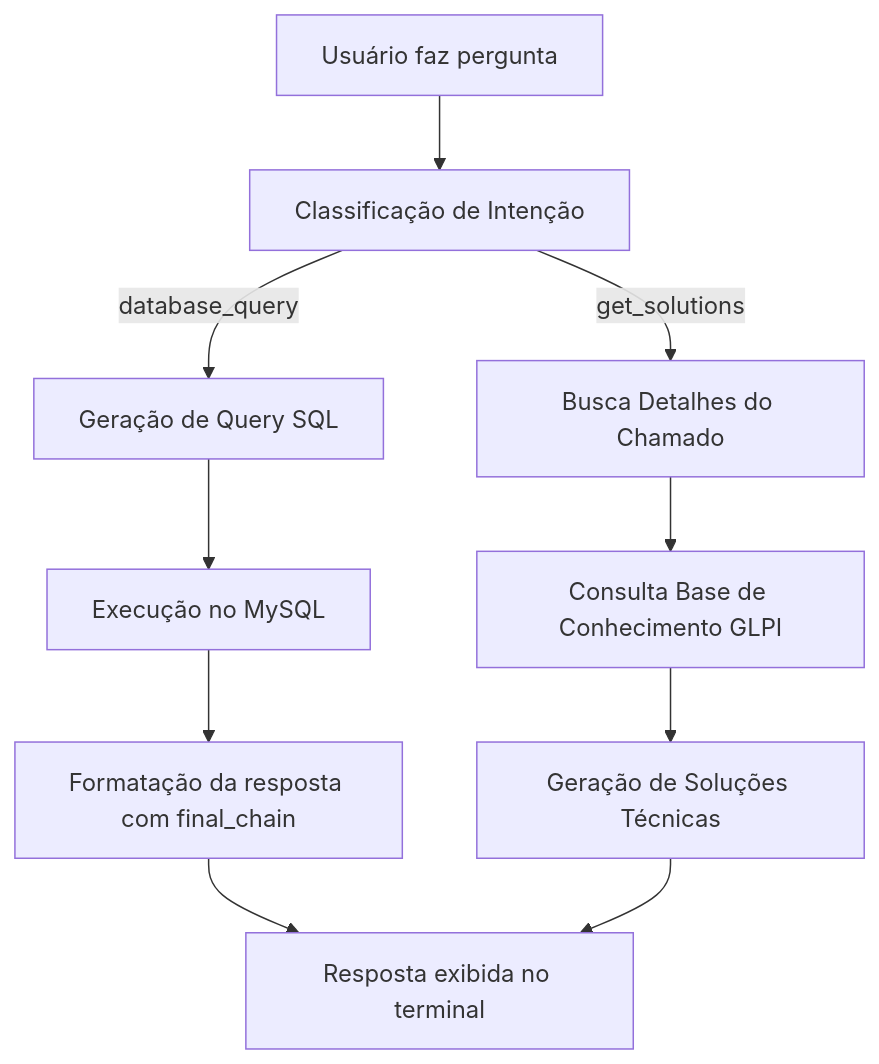
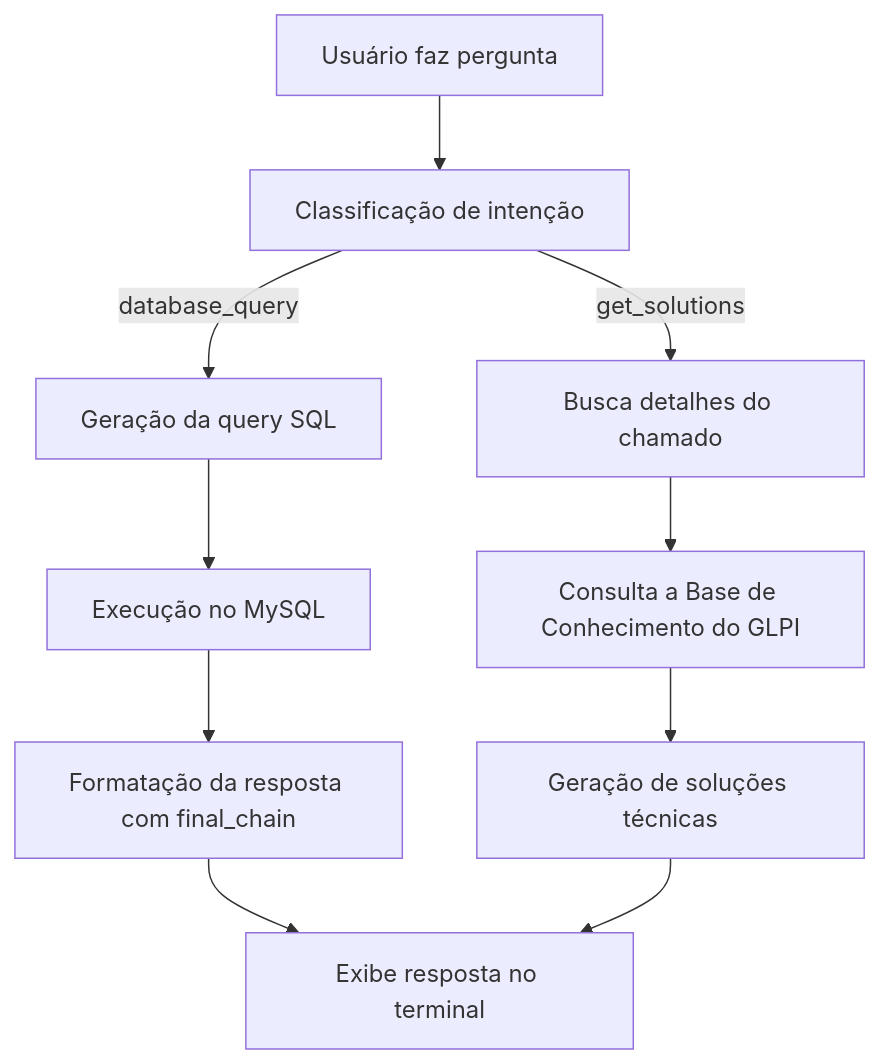
The diagram in README.md (briellll/glpi_sql_ai), drawn with Mermaid before and after one commit. The commit also changed other lines of this file, not shown here.

````diff
--- a/README.md
+++ b/README.md
@@ -185,11 +189,11 @@
 ```mermaid
 flowchart TD
-    A[Usuário faz pergunta] --> B[Classificação de Intenção]
-    B -->|database_query| C[Geração de Query SQL]
+    A[Usuário faz pergunta] --> B[Classificação de intenção]
+    B -->|database_query| C[Geração da query SQL]
     C --> D[Execução no MySQL]
     D --> E[Formatação da resposta com final_chain]
-    B -->|get_solutions| F[Busca Detalhes do Chamado]
-    F --> G[Consulta Base de Conhecimento GLPI]
-    G --> H[Geração de Soluções Técnicas]
-    E & H --> I[Resposta exibida no terminal]
+    B -->|get_solutions| F[Busca detalhes do chamado]
+    F --> G[Consulta a Base de Conhecimento do GLPI]
+    G --> H[Geração de soluções técnicas]
+    E & H --> I[Exibe resposta no terminal]
 ```
````
